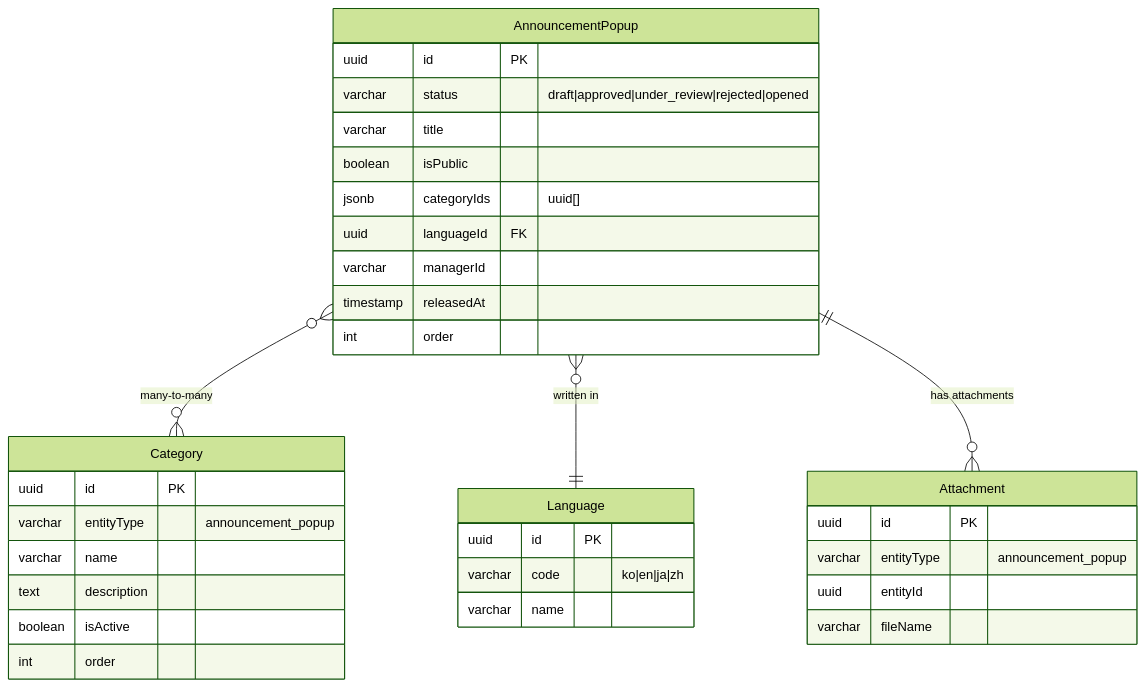
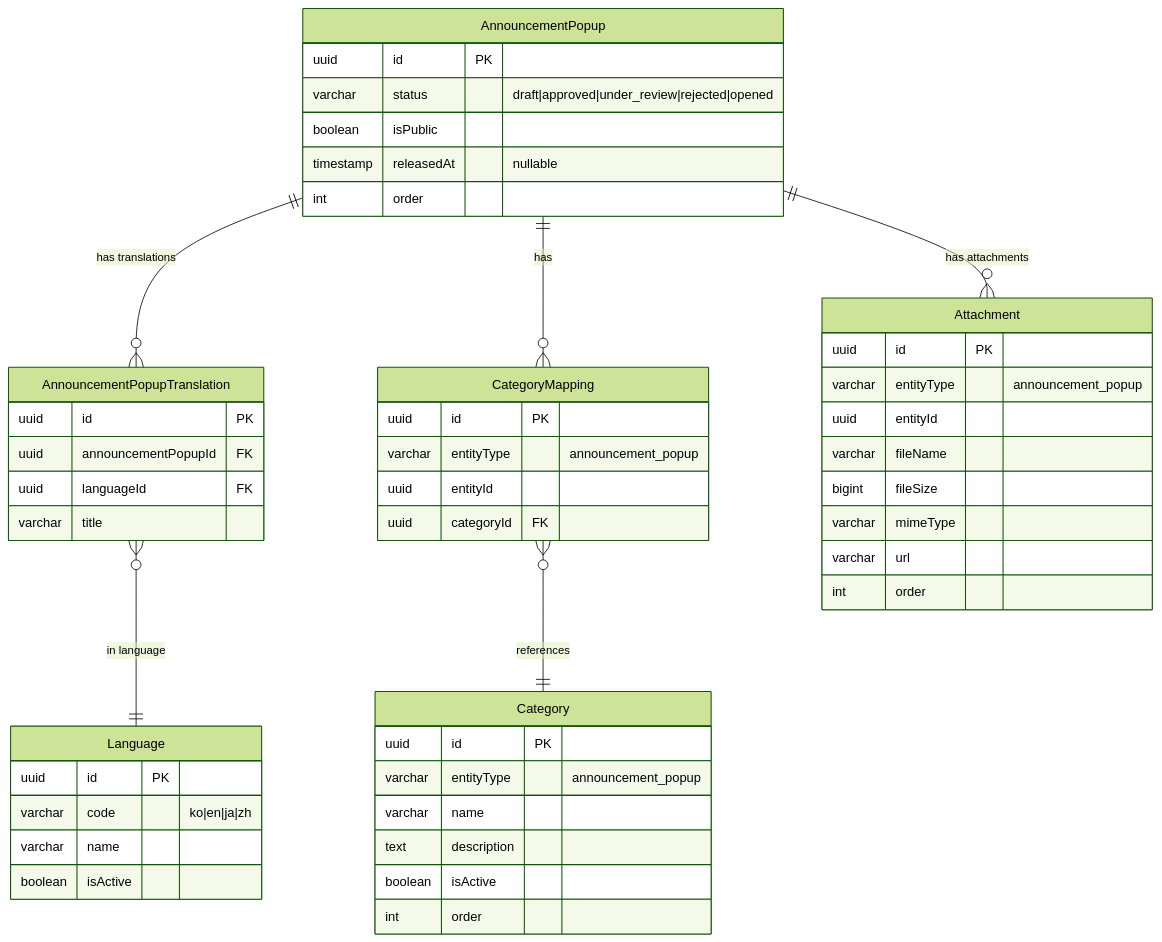
One commit to GTD-web/Back_ContentsManagementSystem changed the second of 7 diagrams in docs/er-diagram.md. Above: the diagram before and after it, drawn with Mermaid (forest theme). The commit also changed other lines of this file and 1 other file, not shown here.

````diff
--- a/docs/er-diagram.md
+++ b/docs/er-diagram.md
@@ -375,40 +477,57 @@
 ```mermaid
 erDiagram
     AnnouncementPopup {
         uuid id PK
         varchar status "draft|approved|under_review|rejected|opened"
+        boolean isPublic
+        timestamp releasedAt "nullable"
+        int order
+    }
+    
+    AnnouncementPopupTranslation {
+        uuid id PK
+        uuid announcementPopupId FK
+        uuid languageId FK
         varchar title
-        boolean isPublic
-        jsonb categoryIds "uuid[]"
-        uuid languageId FK
-        varchar managerId
-        timestamp releasedAt
-        int order
+    }
+    
+    CategoryMapping {
+        uuid id PK
+        varchar entityType "announcement_popup"
+        uuid entityId
+        uuid categoryId FK
     }
     
     Category {
         uuid id PK
         varchar entityType "announcement_popup"
         varchar name
         text description
         boolean isActive
         int order
     }
     
     Language {
         uuid id PK
         varchar code "ko|en|ja|zh"
         varchar name
+        boolean isActive
     }
     
     Attachment {
         uuid id PK
         varchar entityType "announcement_popup"
         uuid entityId
         varchar fileName
+        bigint fileSize
+        varchar mimeType
+        varchar url
+        int order
     }
     
-    AnnouncementPopup }o--o{ Category : "many-to-many"
-    AnnouncementPopup }o--|| Language : "written in"
+    AnnouncementPopup ||--o{ AnnouncementPopupTranslation : "has translations"
+    AnnouncementPopupTranslation }o--|| Language : "in language"
+    AnnouncementPopup ||--o{ CategoryMapping : "has"
+    CategoryMapping }o--|| Category : "references"
     AnnouncementPopup ||--o{ Attachment : "has attachments"
 ```
````
